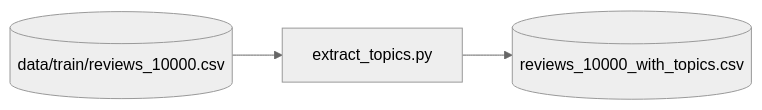
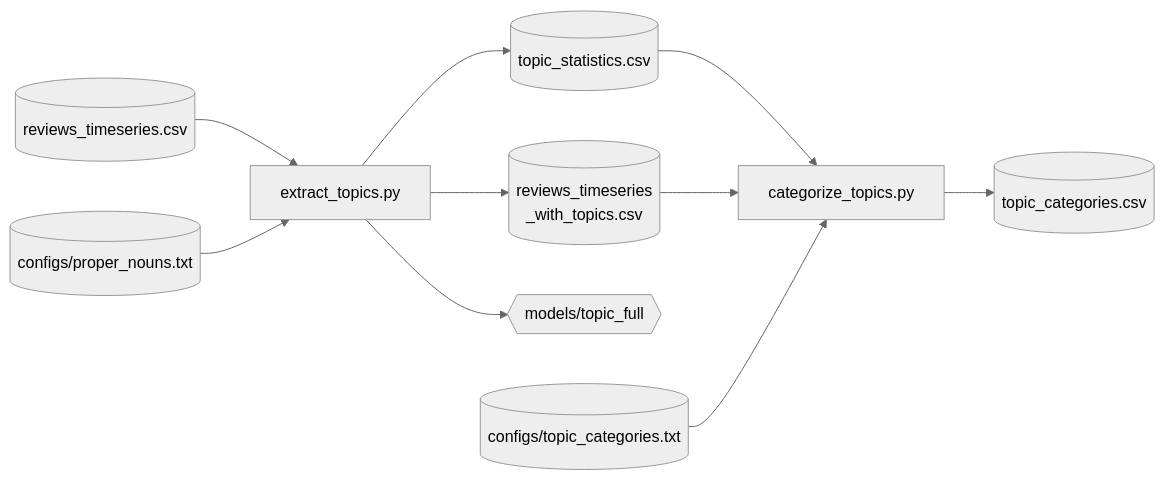
The fourth of 9 diagrams in scripts/README.md (rindguitar/game-demand-forecast), drawn with Mermaid (neutral theme) before and after one commit. The commit also changed other lines of this file and 9 other files, not shown here.

````diff
--- a/scripts/README.md
+++ b/scripts/README.md
@@ -85,4 +85,12 @@
 ```mermaid
 flowchart LR
-    D1b[("data/train/reviews_10000.csv")] --> T3["extract_topics.py"] --> D4[("reviews_10000_with_topics.csv")]
+    R[("reviews_timeseries.csv")] --> E["extract_topics.py"]
+    P[("configs/proper_nouns.txt")] --> E
+    E --> W[("reviews_timeseries<br/>_with_topics.csv")]
+    E --> S[("topic_statistics.csv")]
+    E --> M{{"models/topic_full"}}
+    S --> C["categorize_topics.py"]
+    W --> C
+    V[("configs/topic_categories.txt")] --> C
+    C --> O[("topic_categories.csv")]
 ```
````
